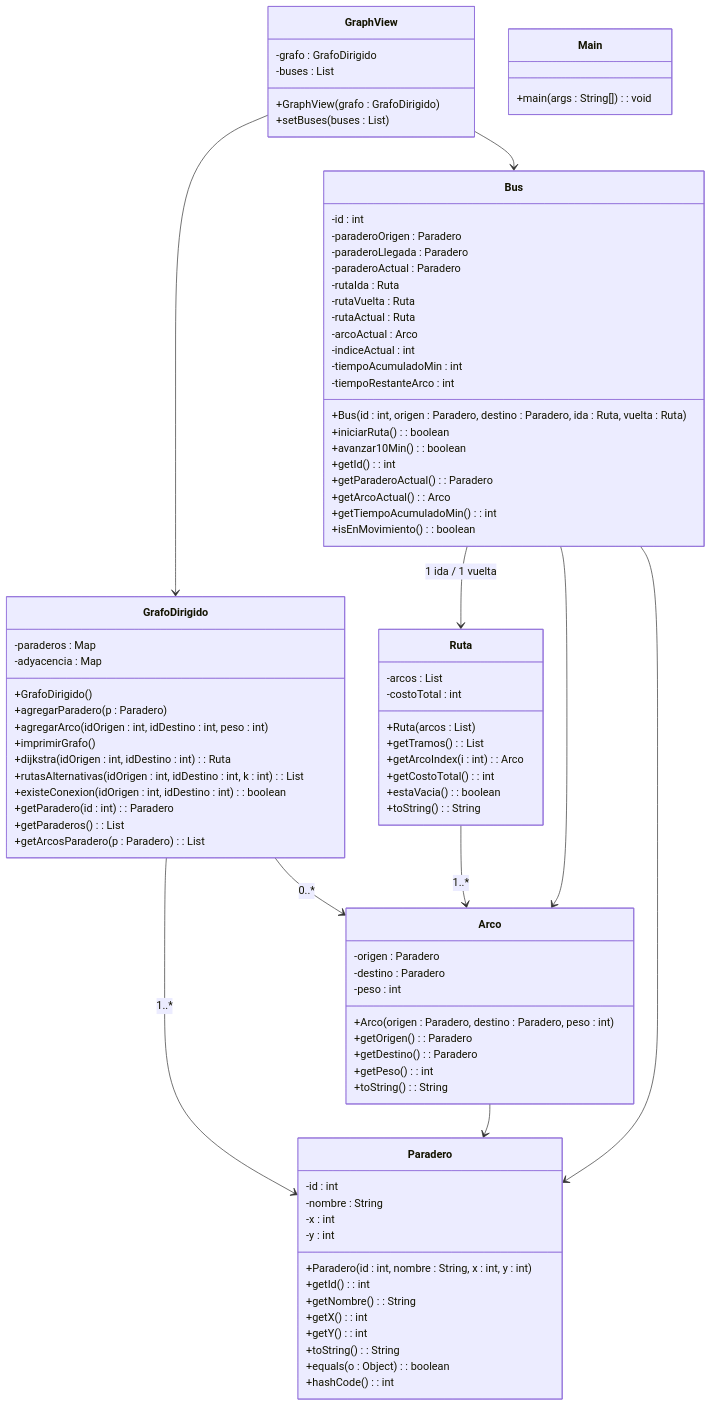
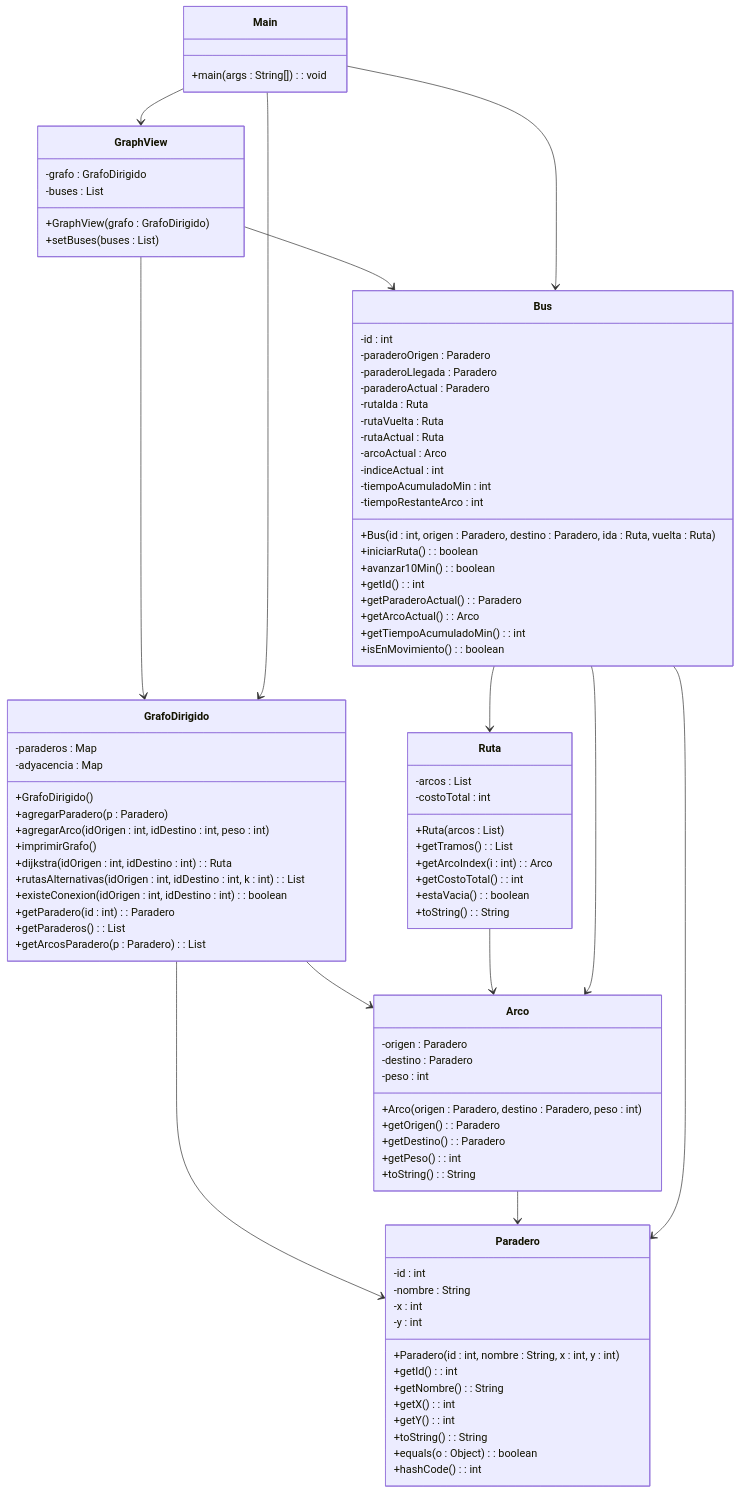
Before and after one commit to juanda542/proyectoAlgoritmo: the diagram in pAlg_2.0/src/palg/Diagrama.mmd, drawn with Mermaid.

```diff
--- a/pAlg_2.0/src/palg/Diagrama.mmd
+++ b/pAlg_2.0/src/palg/Diagrama.mmd
@@ -1,96 +1,99 @@
 classDiagram
 
 class Paradero {
   -id : int
   -nombre : String
   -x : int
   -y : int
   +Paradero(id : int, nombre : String, x : int, y : int)
   +getId() : int
   +getNombre() : String
   +getX() : int
   +getY() : int
   +toString() : String
   +equals(o : Object) : boolean
   +hashCode() : int
 }
 
 class Arco {
   -origen : Paradero
   -destino : Paradero
   -peso : int
   +Arco(origen : Paradero, destino : Paradero, peso : int)
   +getOrigen() : Paradero
   +getDestino() : Paradero
   +getPeso() : int
   +toString() : String
 }
 
 class Ruta {
   -arcos : List
   -costoTotal : int
   +Ruta(arcos : List)
   +getTramos() : List
   +getArcoIndex(i : int) : Arco
   +getCostoTotal() : int
   +estaVacia() : boolean
   +toString() : String
 }
 
 class GrafoDirigido {
   -paraderos : Map
   -adyacencia : Map
   +GrafoDirigido()
   +agregarParadero(p : Paradero)
   +agregarArco(idOrigen : int, idDestino : int, peso : int)
   +imprimirGrafo()
   +dijkstra(idOrigen : int, idDestino : int) : Ruta
   +rutasAlternativas(idOrigen : int, idDestino : int, k : int) : List
   +existeConexion(idOrigen : int, idDestino : int) : boolean
   +getParadero(id : int) : Paradero
   +getParaderos() : List
   +getArcosParadero(p : Paradero) : List
 }
 
 class Bus {
   -id : int
   -paraderoOrigen : Paradero
   -paraderoLlegada : Paradero
   -paraderoActual : Paradero
   -rutaIda : Ruta
   -rutaVuelta : Ruta
   -rutaActual : Ruta
   -arcoActual : Arco
   -indiceActual : int
   -tiempoAcumuladoMin : int
   -tiempoRestanteArco : int
   +Bus(id : int, origen : Paradero, destino : Paradero, ida : Ruta, vuelta : Ruta)
   +iniciarRuta() : boolean
   +avanzar10Min() : boolean
   +getId() : int
   +getParaderoActual() : Paradero
   +getArcoActual() : Arco
   +getTiempoAcumuladoMin() : int
   +isEnMovimiento() : boolean
 }
 
 class GraphView {
   -grafo : GrafoDirigido
   -buses : List
   +GraphView(grafo : GrafoDirigido)
   +setBuses(buses : List)
 }
 
 class Main {
   +main(args : String[]) : void
 }
 
-GrafoDirigido --> Paradero: 1..*
-GrafoDirigido --> Arco: 0..*
-Ruta --> Arco: 1..*
+GrafoDirigido --> Paradero
+GrafoDirigido --> Arco
+Ruta --> Arco
 Arco --> Paradero
-Bus --> Ruta: 1 ida / 1 vuelta
+Bus --> Ruta
 Bus --> Paradero
 Bus --> Arco
 GraphView --> GrafoDirigido
 GraphView --> Bus
+Main --> GrafoDirigido
+Main --> Bus
+Main --> GraphView
```
